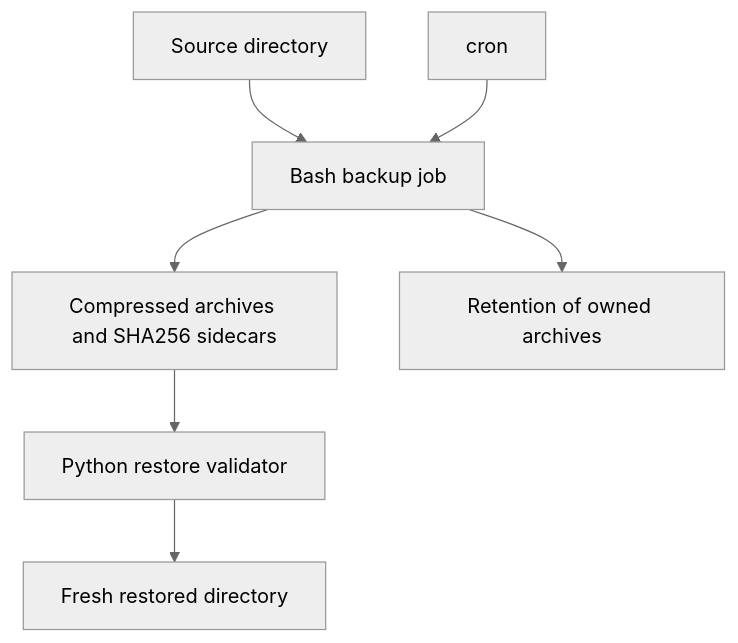
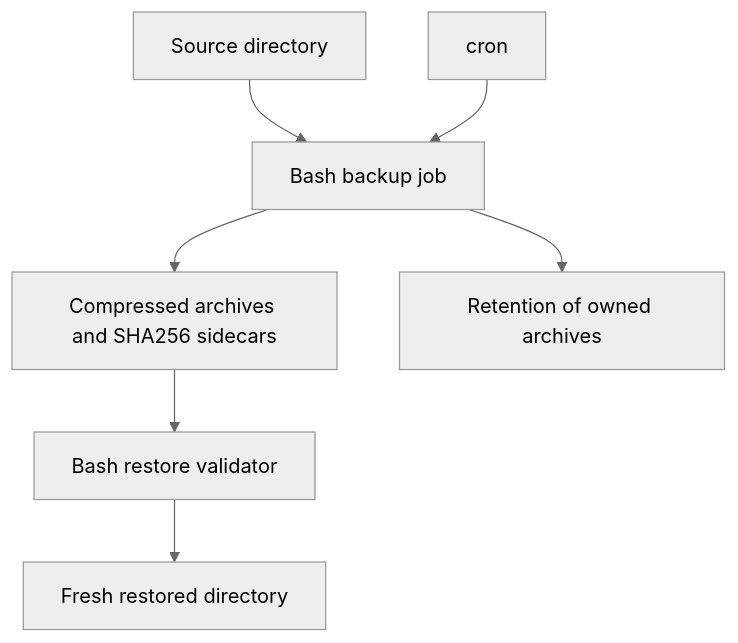
One commit to Sehaj64/Portfolio changed the third of 6 diagrams in projects/linux-operations/docs/DIAGRAMS.md. Above: the diagram before and after it, drawn with Mermaid (neutral theme). The commit also changed 9 other files, not shown here.

Commit message:
Use Bash for all Linux lab scripts and tests including verified restore

````diff
--- a/projects/linux-operations/docs/DIAGRAMS.md
+++ b/projects/linux-operations/docs/DIAGRAMS.md
@@ -30,9 +30,9 @@
 ```mermaid
 flowchart TD
     S["Source directory"] --> B["Bash backup job"]
     C["cron"] --> B
     B --> A["Compressed archives and SHA256 sidecars"]
-    A --> R["Python restore validator"]
+    A --> R["Bash restore validator"]
     R --> D["Fresh restored directory"]
     B --> K["Retention of owned archives"]
 ```
````
